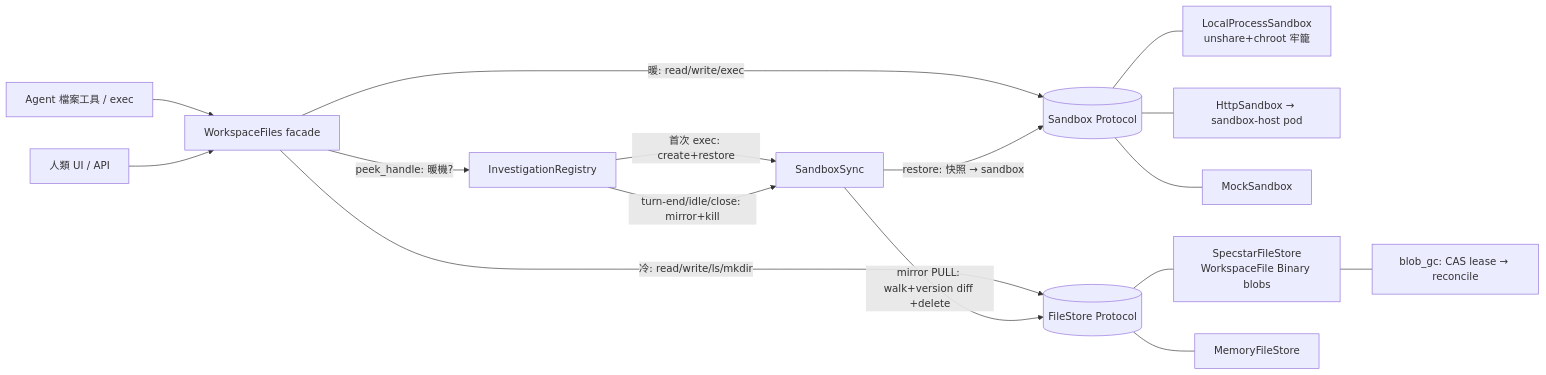
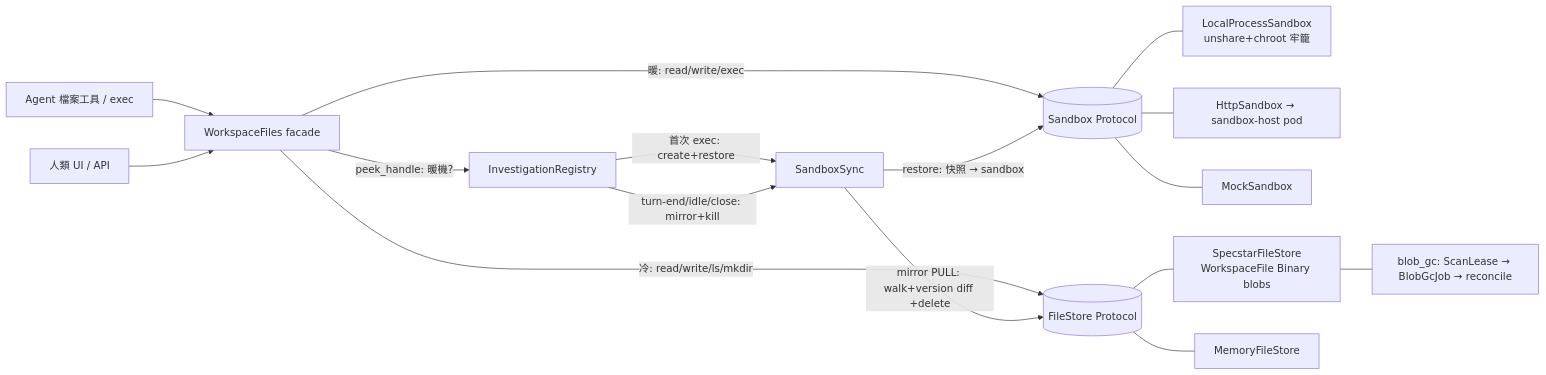
One commit to HYChou0515/ai-workspace changed the diagram in docs/subsystems/sandbox-and-filestore.md. Above: the diagram before and after it, drawn with Mermaid. The commit also changed other lines of this file and 15 other files, not shown here.

````diff
--- a/docs/subsystems/sandbox-and-filestore.md
+++ b/docs/subsystems/sandbox-and-filestore.md
@@ -54,18 +54,18 @@
 ```mermaid
 flowchart LR
   Agent[Agent 檔案工具 / exec] --> WF[WorkspaceFiles facade]
   Human[人類 UI / API] --> WF
   WF -->|peek_handle: 暖機?| REG[InvestigationRegistry]
   WF -->|暖: read/write/exec| SB
   WF -->|冷: read/write/ls/mkdir| FS
   REG -->|首次 exec: create+restore| SYNC[SandboxSync]
   REG -->|turn-end/idle/close: mirror+kill| SYNC
   SYNC -->|restore: 快照 → sandbox| SB[(Sandbox Protocol)]
   SYNC -->|mirror PULL: walk+version diff +delete| FS[(FileStore Protocol)]
   SB --- L[LocalProcessSandbox<br/>unshare+chroot 牢籠]
   SB --- H[HttpSandbox → sandbox-host pod]
   SB --- M[MockSandbox]
   FS --- SP[SpecstarFileStore<br/>WorkspaceFile Binary blobs]
   FS --- ME[MemoryFileStore]
-  SP --- GC[blob_gc: CAS lease → reconcile]
+  SP --- GC[blob_gc: ScanLease → BlobGcJob → reconcile]
 ```
````
